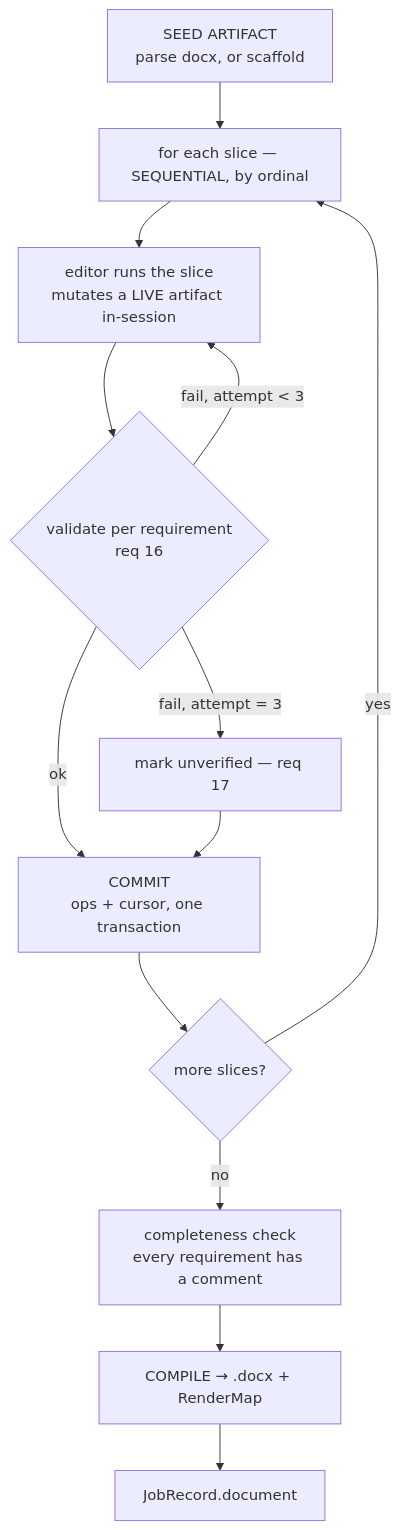
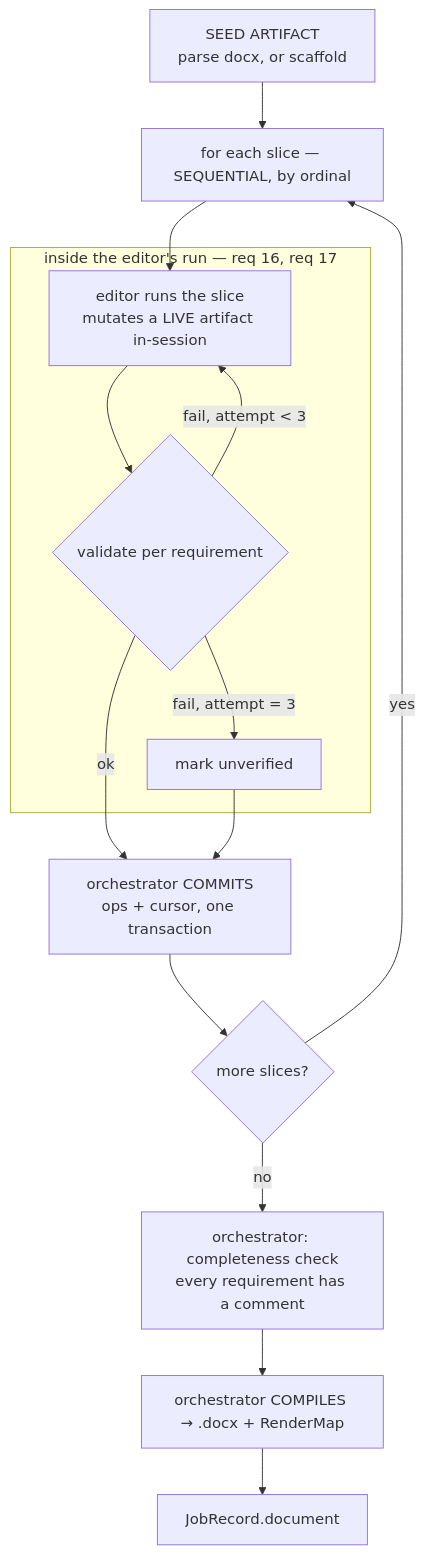
Before and after one commit to jjfrackowiak/multimodal-form-filling: the second of 2 diagrams in docs/app-implementation-plan.md, drawn with Mermaid. The commit also changed other lines of this file and 1 other file, not shown here.

````diff
--- a/docs/app-implementation-plan.md
+++ b/docs/app-implementation-plan.md
@@ -101,15 +101,17 @@
 ```mermaid
 flowchart TD
     S["SEED ARTIFACT<br/>parse docx, or scaffold"] --> SL["for each slice — SEQUENTIAL, by ordinal"]
     SL --> RUN["editor runs the slice<br/>mutates a LIVE artifact in-session"]
-    RUN --> V{"validate per requirement<br/>req 16"}
-    V -->|"fail, attempt &lt; 3"| RUN
-    V -->|"fail, attempt = 3"| U["mark unverified — req 17"]
-    V -->|ok| C["COMMIT<br/>ops + cursor, one transaction"]
-    U --> C
+    subgraph EDITOR["inside the editor's run — req 16, req 17"]
+      RUN --> V{"validate per requirement"}
+      V -->|"fail, attempt &lt; 3"| RUN
+      V -->|"fail, attempt = 3"| U["mark unverified"]
+    end
+    V -->|ok| C
+    U --> C["orchestrator COMMITS<br/>ops + cursor, one transaction"]
     C --> M{"more slices?"}
     M -->|yes| SL
-    M -->|no| CK["completeness check<br/>every requirement has a comment"]
-    CK --> CP["COMPILE → .docx + RenderMap"]
+    M -->|no| CK["orchestrator: completeness check<br/>every requirement has a comment"]
+    CK --> CP["orchestrator COMPILES → .docx + RenderMap"]
     CP --> DONE["JobRecord.document"]
 ```
````
